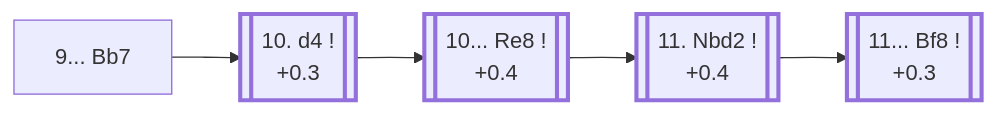
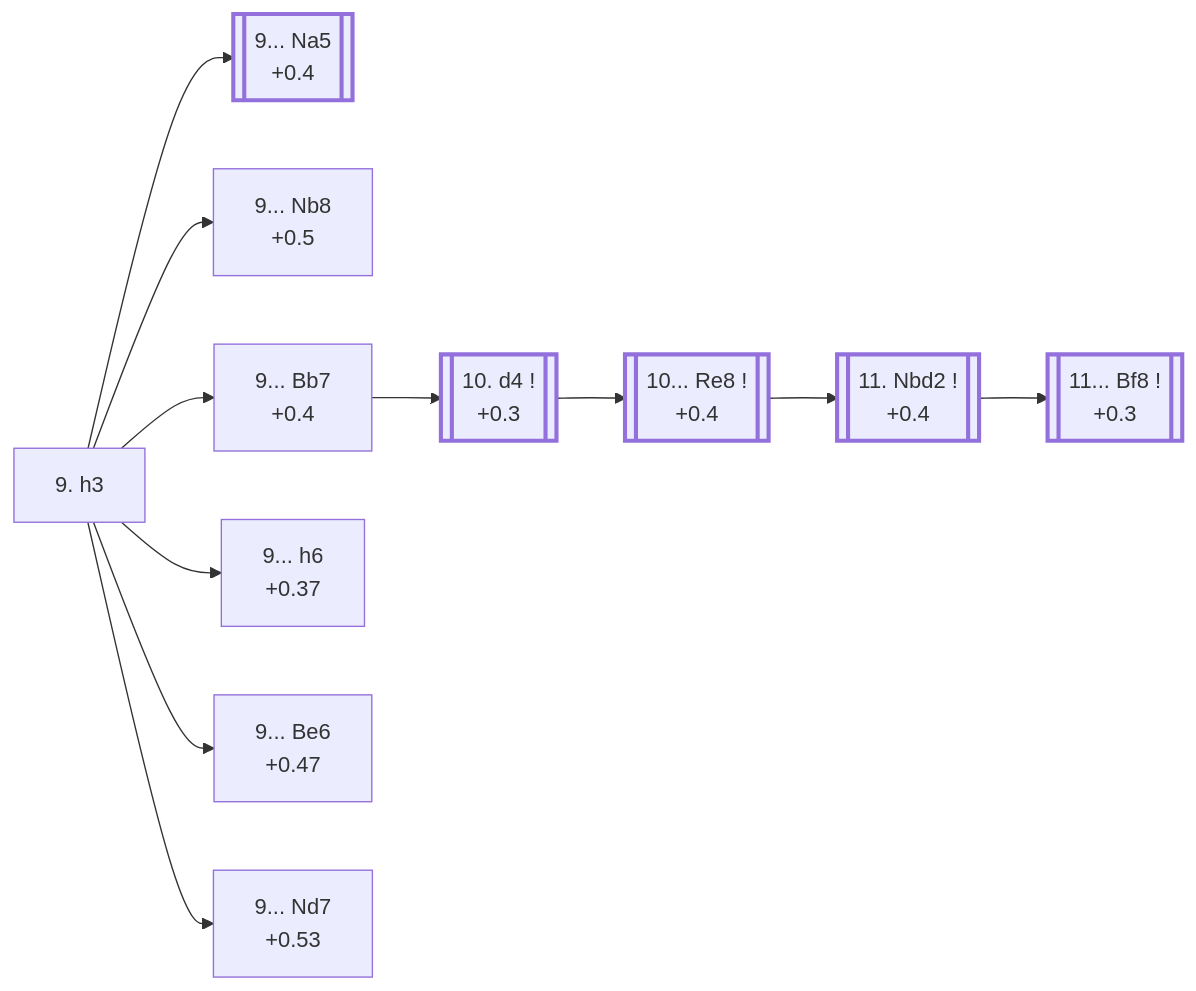
One commit to onclemarcel/chess_flashcards changed the diagram in e4_openings/C92_Ruy_Lopez_Zaitsev.md. Above: the diagram before and after it, drawn with Mermaid. The commit also changed other lines of this file and 12 other files, not shown here.

````diff
--- a/e4_openings/C92_Ruy_Lopez_Zaitsev.md
+++ b/e4_openings/C92_Ruy_Lopez_Zaitsev.md
@@ -12,16 +12,29 @@
 ```mermaid
 flowchart LR
     classDef main stroke-width:3px;
 
-    Bb7["9... Bb7"]
-    click Bb7 "#_initial_move_" "C92 · Ruy Lopez: Closed, Flohr System"
+    h3["9. h3"]
+    click h3 "#_initial_move_" "C92 · Ruy Lopez: Closed"
+
+    h3 --> Na5[["9... Na5<br/>+0.4"]]:::main
+    click Na5 "https://github.com/onclemarcel/chess_flashcards/blob/main/e4_openings/C97_Ruy_Lopez_Chigorin.md" "C97 · Ruy Lopez: Closed, Chigorin Defense"
+    h3 --> Nb8["9... Nb8<br/>+0.5"]
+    click Nb8 "https://github.com/onclemarcel/chess_flashcards/blob/main/e4_openings/C94_Ruy_Lopez_Breyer.md" "C94 · Ruy Lopez: Closed, Breyer Defense"
+    h3 --> Bb7["9... Bb7<br/>+0.4"]
+    click Bb7 "#_Bb7_" "C92 · Ruy Lopez: Closed, Flohr System"
+    h3 --> h6["9... h6<br/>+0.37"]
+    click h6 "https://github.com/onclemarcel/chess_flashcards/blob/main/e4_openings/C93_Ruy_Lopez_Smyslov_Defense.md" "C93 · Ruy Lopez: Closed, Smyslov Defense"
+    h3 --> Be6["9... Be6<br/>+0.47"]
+    click Be6 "#_Kholmov_" "C92 · Ruy Lopez: Closed, Kholmov Variation"
+    h3 --> Nd7["9... Nd7<br/>+0.53"]
+    click Nd7 "#_Karpov_" "C92 · Ruy Lopez: Closed, Karpov Variation"
 
     Bb7 --> d4[["10. d4 !<br/>+0.3"]]:::main
     click d4 "#_d4_" "C92 · Ruy Lopez: Closed, Flohr System"
     d4 --> Re8[["10... Re8 !<br/>+0.4"]]:::main
     click Re8 "#_Re8_" "C92 · Ruy Lopez: Closed, Zaitsev Variation"
     Re8 --> Nbd2[["11. Nbd2 !<br/>+0.4"]]:::main
     click Nbd2 "#_Nbd2_" "C92 · Ruy Lopez: Closed, Zaitsev Variation"
     Nbd2 --> Bf8[["11... Bf8 !<br/>+0.3"]]:::main
     click Bf8 "#_Bf8_" "C92 · Ruy Lopez: Closed, Zaitsev Variation"
 ```
````
